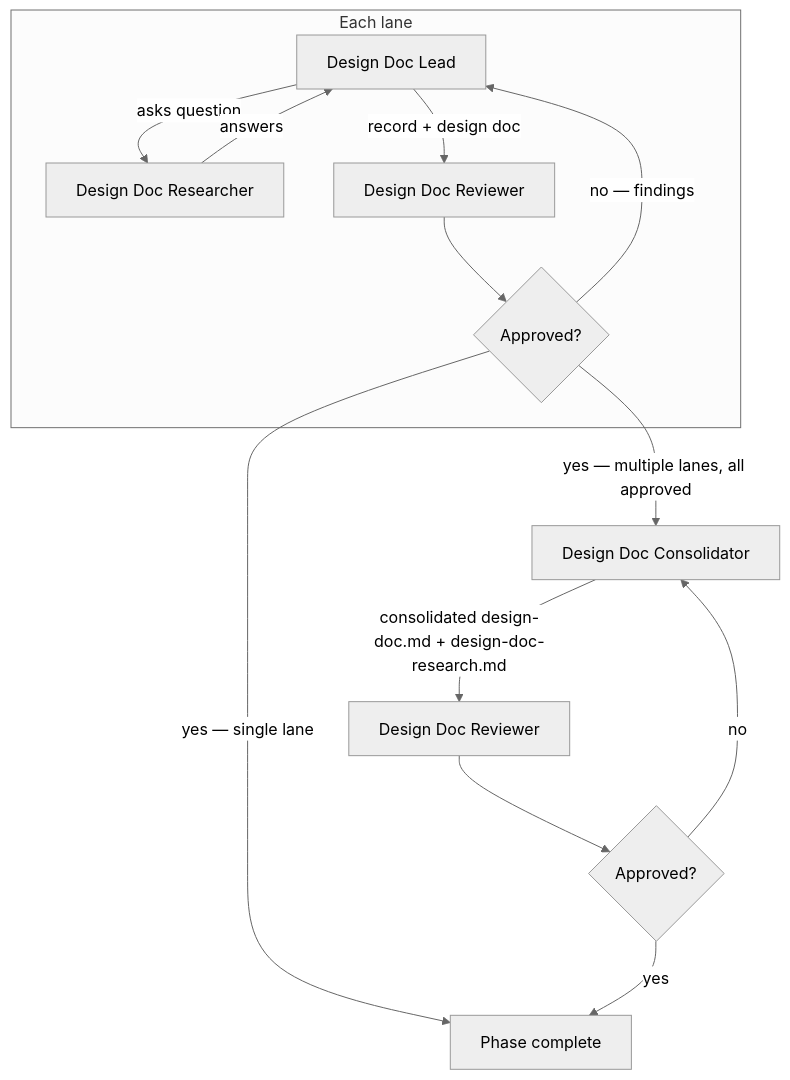
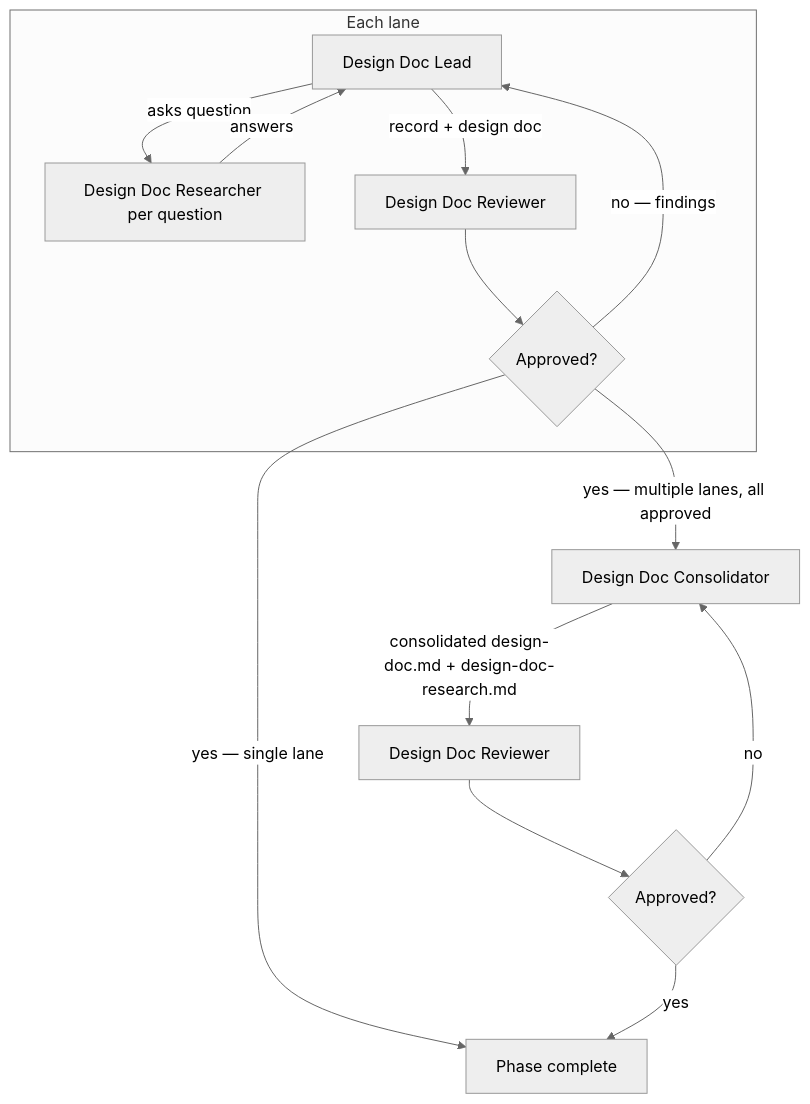
One commit to Automattic/radical-pipelines changed the diagram in skills/radical-pipelines/reference/autonomous-phases/2 - design-doc.md. Above: the diagram before and after it, drawn with Mermaid (neutral theme). The commit also changed other lines of this file and 21 other files, not shown here.

````diff
--- a/skills/radical-pipelines/reference/autonomous-phases/2 - design-doc.md
+++ b/skills/radical-pipelines/reference/autonomous-phases/2 - design-doc.md
@@ -62,16 +64,16 @@
 ```mermaid
 flowchart TD
     subgraph lane [Each lane]
-        B[Design Doc Lead] -->|asks question| C[Design Doc Researcher]
+        B[Design Doc Lead] -->|asks question| C[Design Doc Researcher per question]
         C -->|answers| B
         B -->|record + design doc| E[Design Doc Reviewer]
         E --> F{Approved?}
         F -->|no — findings| B
     end
     F -->|"yes — single lane"| K[Phase complete]
     F -->|"yes — multiple lanes, all approved"| H[Design Doc Consolidator]
     H -->|consolidated design-doc.md + design-doc-research.md| I[Design Doc Reviewer]
     I --> J{Approved?}
     J -->|no| H
     J -->|yes| K
 ```
````
